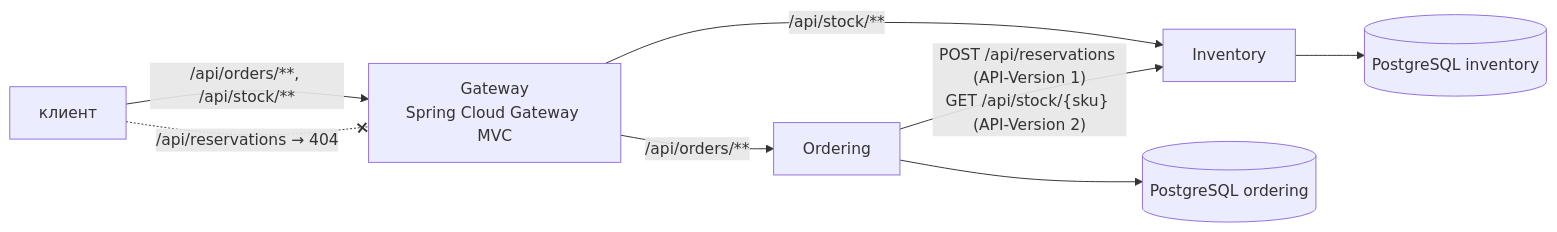
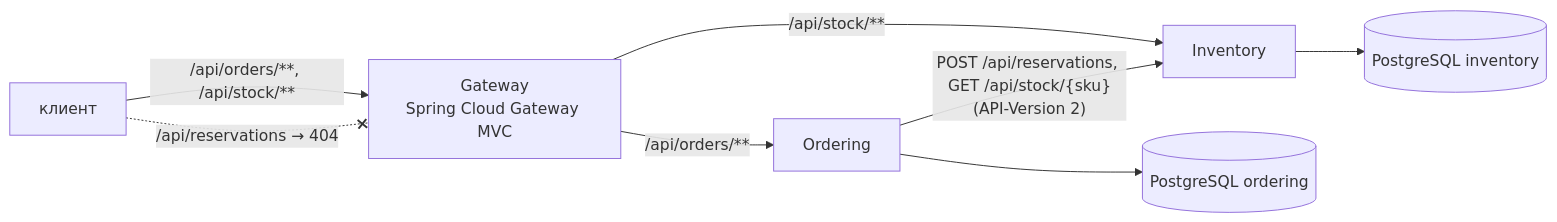
The first of 2 diagrams in 06-service-communication/docs/architecture.md (cucumber405d/hephaestus), drawn with Mermaid before and after one commit. The commit also changed other lines of this file and 10 other files, not shown here.

First line of the commit message:
fix(06): address final review — test compilation, tolerant reader, API version 2 for reservations, e2e pipes

````diff
--- a/06-service-communication/docs/architecture.md
+++ b/06-service-communication/docs/architecture.md
@@ -3,10 +3,10 @@
 ```mermaid
 flowchart LR
     client[клиент] -->|"/api/orders/**, /api/stock/**"| gw[Gateway<br/>Spring Cloud Gateway MVC]
     gw -->|/api/orders/**| ord[Ordering]
     gw -->|/api/stock/**| inv[Inventory]
-    ord -->|"POST /api/reservations (API-Version 1)<br/>GET /api/stock/{sku} (API-Version 2)"| inv
+    ord -->|"POST /api/reservations, GET /api/stock/{sku}<br/>(API-Version 2)"| inv
     ord --> odb[(PostgreSQL ordering)]
     inv --> idb[(PostgreSQL inventory)]
     client -. "/api/reservations → 404" .-x gw
 ```
````
